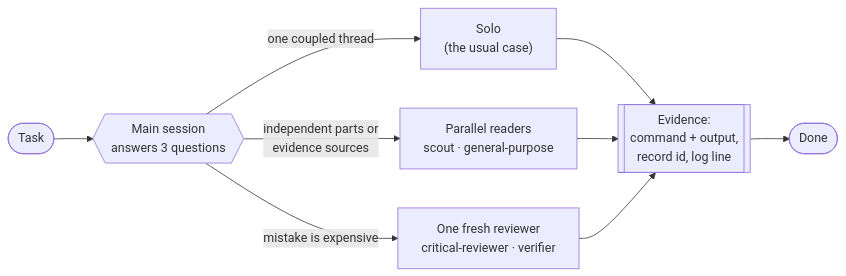
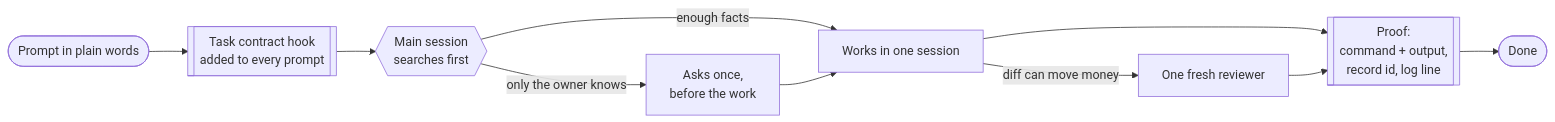
The diagram in README.md (byigorduvanov/claude-adaptive-orchestration), drawn with Mermaid before and after one commit. The commit also changed other lines of this file and 16 other files, not shown here.

````diff
--- a/README.md
+++ b/README.md
@@ -42,11 +34,12 @@
 ```mermaid
 flowchart LR
-    T([Task]) --> R{{"Main session<br/>answers 3 questions"}}
-    R -->|one coupled thread| S["Solo<br/>(the usual case)"]
-    R -->|independent parts or<br/>evidence sources| P["Parallel readers<br/>scout · general-purpose"]
-    R -->|mistake is expensive| V["One fresh reviewer<br/>critical-reviewer · verifier"]
-    S --> E[["Evidence:<br/>command + output,<br/>record id, log line"]]
-    P --> E
-    V --> E
+    P([Prompt in plain words]) --> H[["Task contract hook<br/>added to every prompt"]]
+    H --> M{{"Main session<br/>searches first"}}
+    M -->|only the owner knows| Q["Asks once,<br/>before the work"]
+    M -->|enough facts| W["Works in one session"]
+    Q --> W
+    W -->|diff can move money| R["One fresh reviewer"]
+    W --> E[["Proof:<br/>command + output,<br/>record id, log line"]]
+    R --> E
     E --> D([Done])
 ```
````
